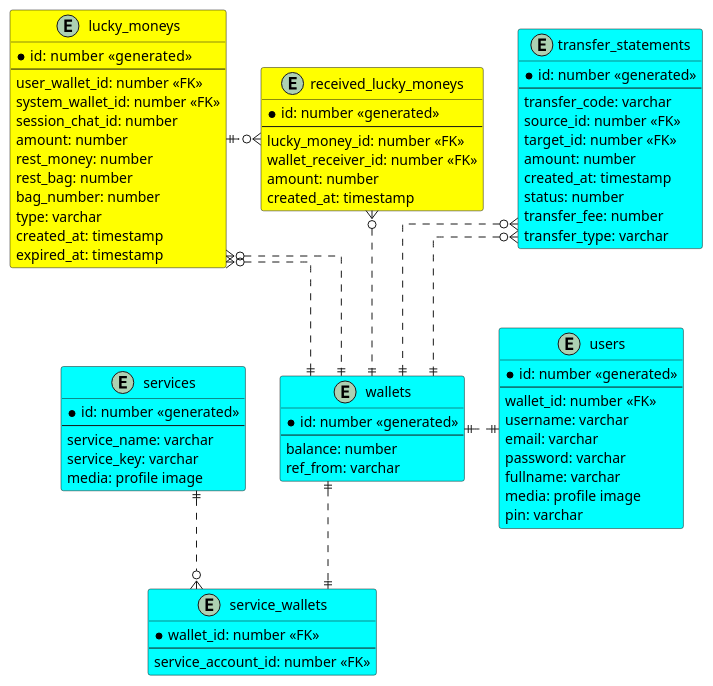
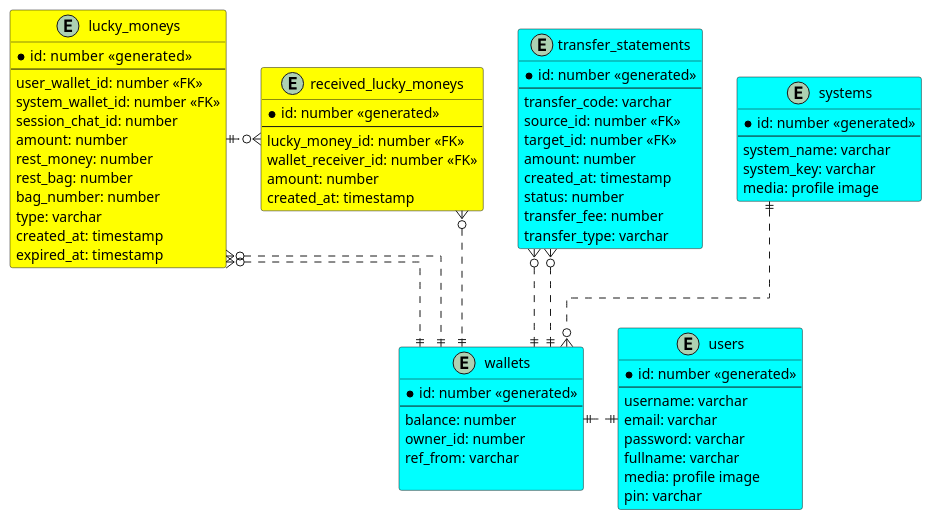
One commit to ntan1902/hey-app changed the diagram in documents/uml/system design/database_diagram.puml. Above: the diagram before and after it, drawn with PlantUML. The commit also changed 33 other files, not shown here.

```diff
--- a/documents/uml/system design/database_diagram.puml
+++ b/documents/uml/system design/database_diagram.puml
@@ -2,110 +2,112 @@
 @startuml
 
 ' hide the spot
 ' hide circle
 
 ' avoid problems with angled crows feet
 skinparam linetype ortho
 
 entity "users" as users #Aqua{
     *id: number <<generated>>
     --
-    wallet_id: number <<FK>>
+    ' wallet_id: number <<FK>>
     username: varchar
     email: varchar
     password: varchar
     fullname: varchar
     media: profile image
     pin: varchar
 }
 
-' LuckyMoney Service: 
-' - service_name: LuckyMoney
-' - service_key: 
-' ----> Request Auth Service -> JWToken Service 
+' LuckyMoney system: 
+' - system_name: LuckyMoney
+' - system_key: 
+' ----> Request Auth system -> JWToken system 
 ' LuckyMoney vS Payment 
-' LuckyMoney ----> Request Auth Service -> JWToken Service
+' LuckyMoney ----> Request Auth system -> JWToken system
 ' LuckyMoney dùng JWToken vừa có để request danh sách  wallets của nó
 ' sử dụng list wallets này ntn thì tuỳ nó 
 
 ' LuckyMoney request lên payment chuyển tiền. Tới... với cái
 ' wallet id nào của nó  
 
-entity "services" #Aqua{
+entity "systems" #Aqua{
     *id: number <<generated>>
     --
-    service_name: varchar
-    service_key: varchar
+    system_name: varchar
+    system_key: varchar
     media: profile image
 }
 
-entity "service_wallets" #Aqua{
-    *wallet_id: number <<FK>>
-    --
-    service_account_id: number <<FK>>
-}
+' entity "system_wallets" #Aqua{
+'     *wallet_id: number <<FK>>
+'     --
+'     system_account_id: number <<FK>>
+' }
 
 
 
 entity "wallets" as wallets #Aqua{
     *id: number <<generated>>
     --
     balance: number    
+    owner_id: number
     ref_from: varchar
+    
 }
 
 entity "transfer_statements" as transfer_statements #Aqua {
     *id: number <<generated>>
     --
     transfer_code: varchar
     source_id: number <<FK>>
     target_id: number <<FK>>
     amount: number
     created_at: timestamp
     status: number
     transfer_fee: number
     transfer_type: varchar
 }
 
 entity "lucky_moneys" as lucky_moneys #Yellow{
     *id: number  <<generated>>
     --
     user_wallet_id: number <<FK>>
     system_wallet_id: number <<FK>>
     session_chat_id: number
     amount: number
     rest_money: number
     rest_bag: number
     bag_number: number
     type: varchar
     created_at: timestamp
     expired_at: timestamp
 }
 
 entity "received_lucky_moneys" as received_luckey_moneys #Yellow{
     *id: number <<generated>>
     --
     lucky_money_id: number <<FK>>
     wallet_receiver_id: number <<FK>>
     amount: number
     created_at: timestamp
 }
 
 wallets ||.up.o{ transfer_statements
 wallets ||.up.o{ transfer_statements
 
 wallets ||.up.o{ lucky_moneys
 wallets ||.up.o{ lucky_moneys
 
 wallets ||.up.o{ received_luckey_moneys
 
 users ||.left.|| wallets
 
-services ||..o{ service_wallets
-wallets ||..|| service_wallets
+systems ||..o{ wallets
+' wallets ||..|| system_wallets
 
 
 lucky_moneys ||.right.o{ received_luckey_moneys
 
 
 @enduml
```
